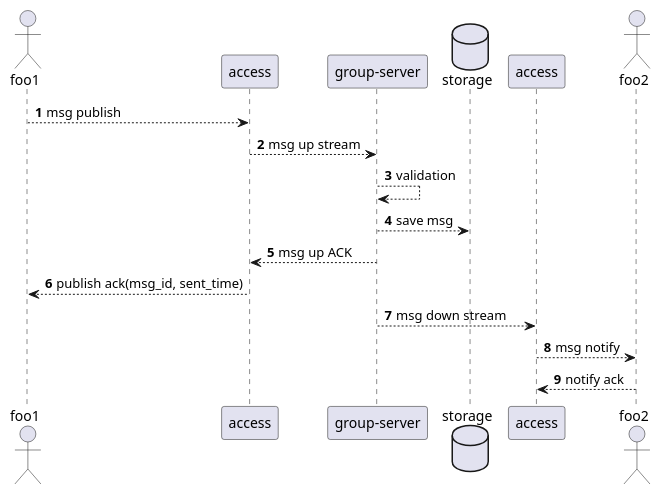
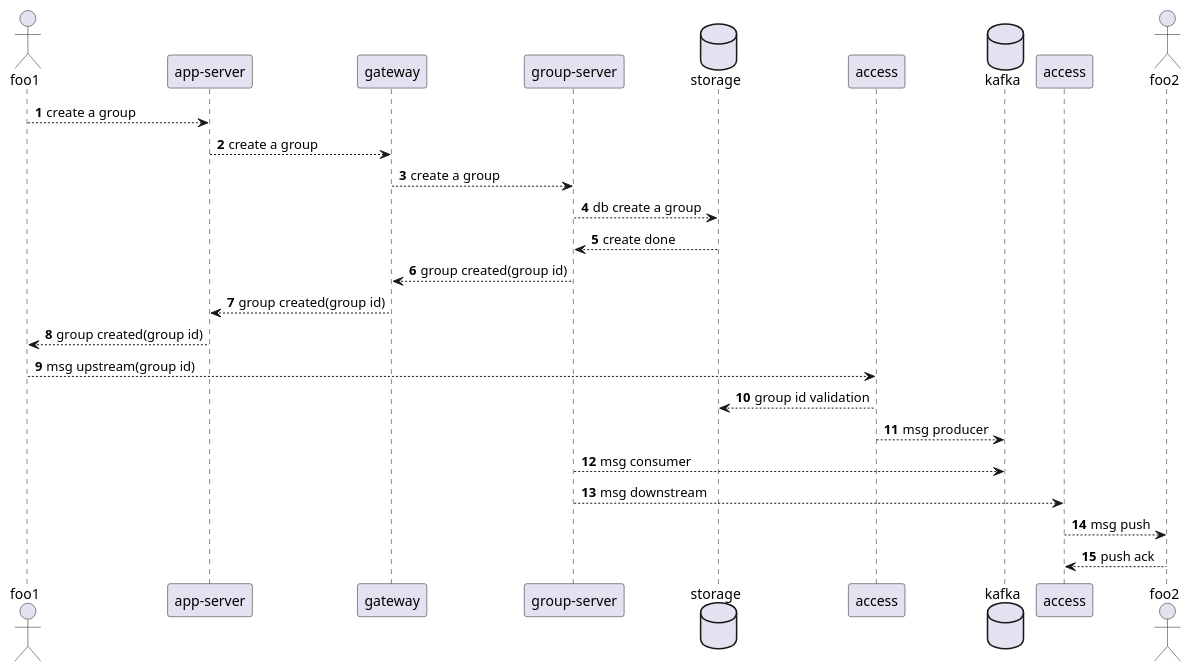
Before and after one commit to raven-im/raven: the diagram in doc/一期设计文档/uml/group.puml, drawn with PlantUML. The commit also changed 6 other files, not shown here.

```diff
--- a/doc/一期设计文档/uml/group.puml
+++ b/doc/一期设计文档/uml/group.puml
@@ -1,22 +1,31 @@
 @startuml
 
 actor "foo1" as client1
 
-participant "access" as access1
+participant "app-server" as app
+participant "gateway"
 participant "group-server" as group
 database "storage" as db
+participant "access" as access1
+database "kafka"
 participant "access" as access2
 actor "foo2" as client2
 
 autonumber
-client1 --> access1 : msg publish
-access1 --> group: msg up stream
-group --> group: validation
-group --> db: save msg
-group --> access1: msg up ACK
-access1 --> client1 : publish ack(msg_id, sent_time)
+client1 --> app : create a group
+app --> gateway: create a group
+gateway --> group: create a group
+group --> db: db create a group
+db --> group: create done
+group --> gateway: group created(group id)
+gateway --> app: group created(group id)
+app --> client1 : group created(group id)
 
-group --> access2: msg down stream
-access2 --> client2: msg notify
-client2 --> access2: notify ack
+client1 --> access1: msg upstream(group id)
+access1 --> db: group id validation
+access1 --> kafka: msg producer
+group --> kafka: msg consumer
+group --> access2: msg downstream
+access2 --> client2: msg push
+client2 --> access2: push ack
 @enduml
```
